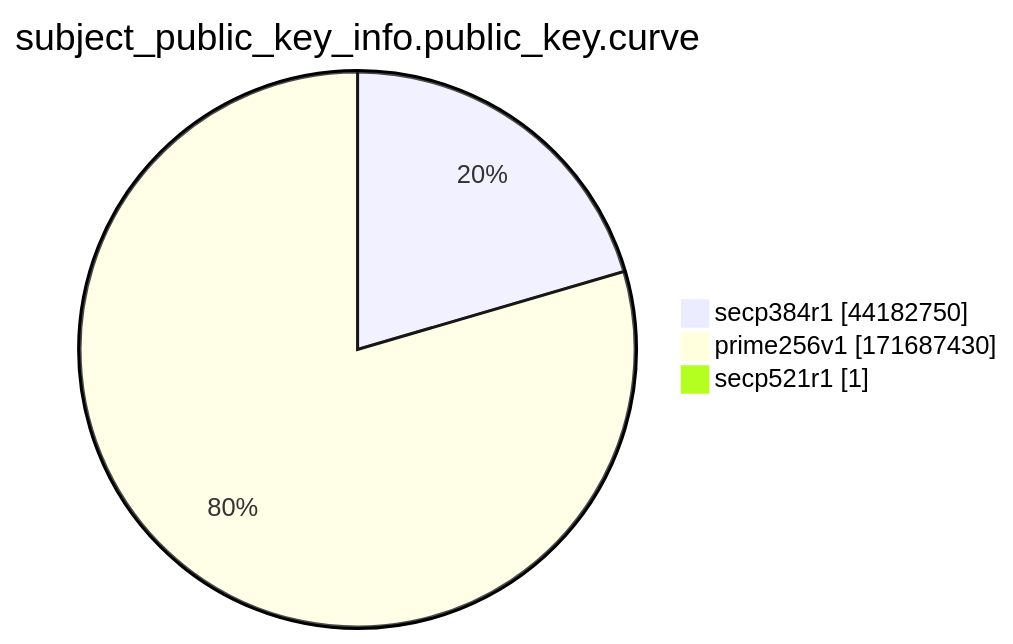
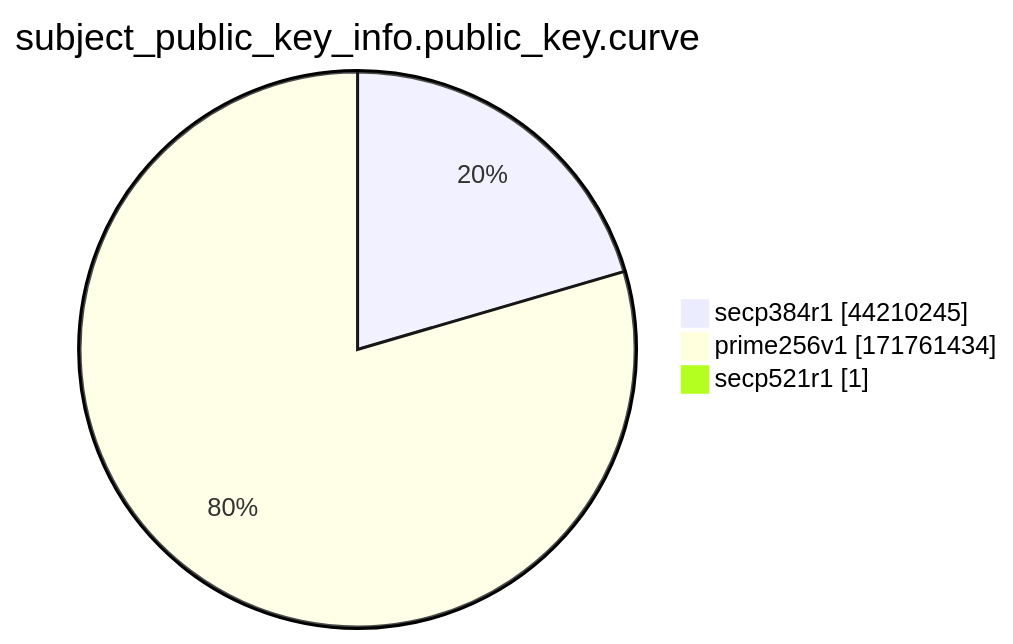
One commit to christiankrug/ctmonitor_visualization changed the ninth of 15 diagrams in xenon2022/README.md. Above: the diagram before and after it, drawn with Mermaid. The commit also changed other lines of this file, not shown here.

````diff
--- a/xenon2022/README.md
+++ b/xenon2022/README.md
@@ -2871,7 +2871,7 @@
 ```mermaid
 pie showData
 title subject_public_key_info.public_key.curve
-"secp384r1" :44182750
-"prime256v1" :171687430
+"secp384r1" :44210245
+"prime256v1" :171761434
 "secp521r1" :1
 ```
````
